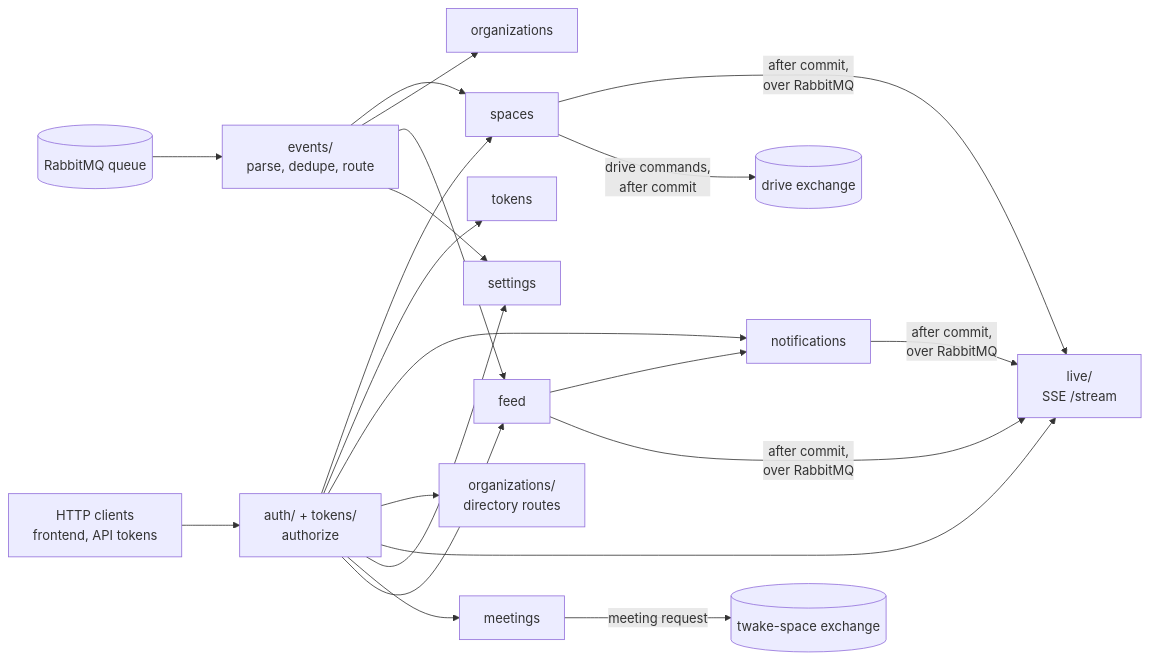
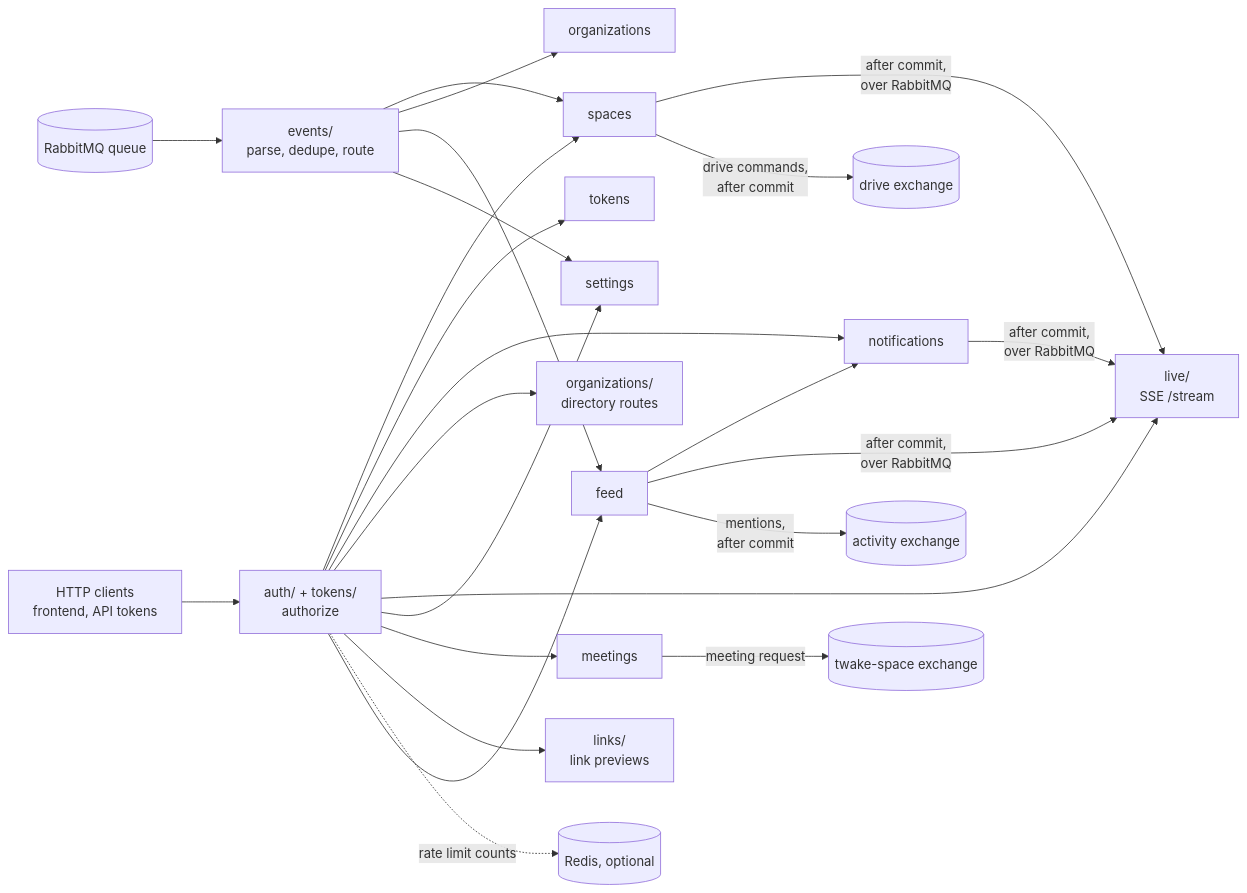
The first of 2 diagrams in docs/backend-dev.md (linagora/twake-space), drawn with Mermaid before and after one commit. The commit also changed other lines of this file and 6 other files, not shown here.

````diff
--- a/docs/backend-dev.md
+++ b/docs/backend-dev.md
@@ -29,12 +29,14 @@
 ```mermaid
 flowchart LR
   rabbitmq[(RabbitMQ queue)] --> events["events/<br>parse, dedupe, route"]
   events --> spaces & organizations & feed & settings
   http["HTTP clients<br>frontend, API tokens"] --> auth["auth/ + tokens/<br>authorize"]
-  auth --> spaces & tokens & notifications & directory["organizations/<br>directory routes"] & live & settings & meetings
+  auth --> spaces & tokens & notifications & directory["organizations/<br>directory routes"] & live & settings & meetings & links["links/<br>link previews"]
+  auth -. "rate limit counts" .-> redis[(Redis, optional)]
   feed --> notifications
   auth --> feed
   spaces & notifications & feed -- "after commit,<br>over RabbitMQ" --> live["live/<br>SSE /stream"]
   meetings -- "meeting request" --> exchange[(twake-space exchange)]
   spaces -- "drive commands,<br>after commit" --> drive[(drive exchange)]
+  feed -- "mentions,<br>after commit" --> activity[(activity exchange)]
 ```
````
